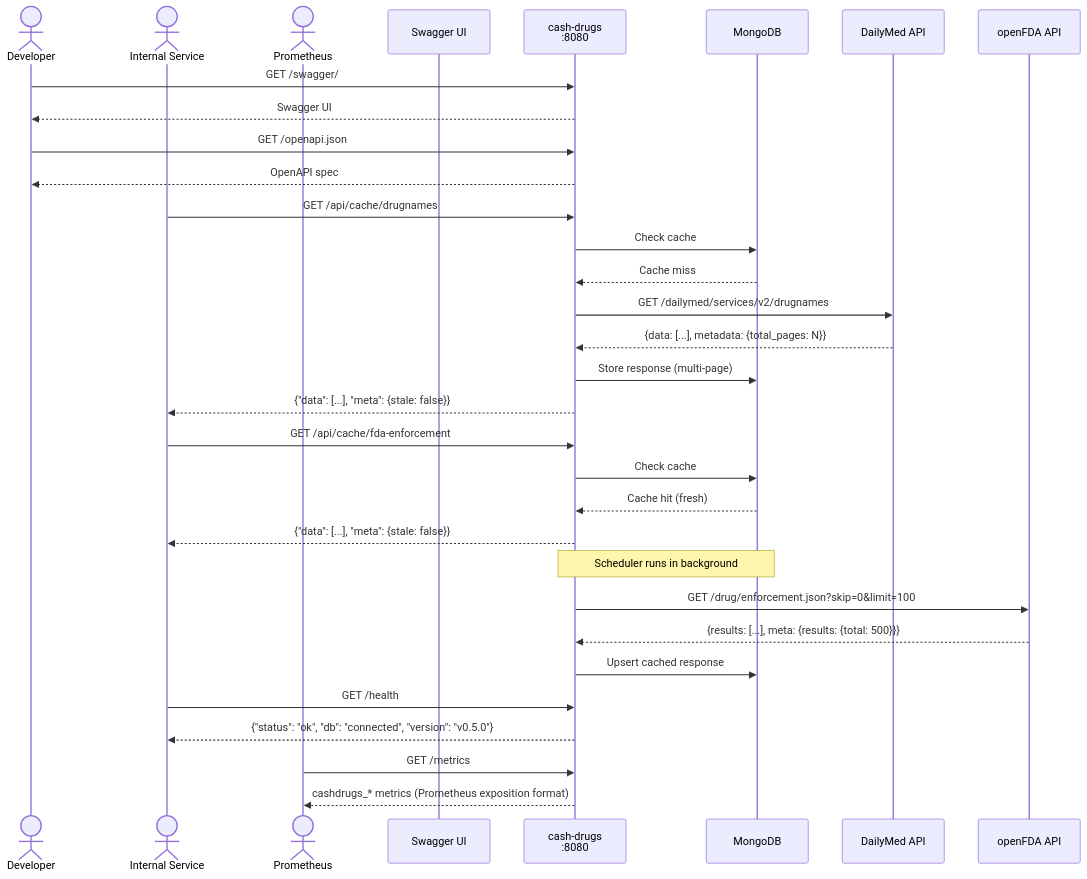
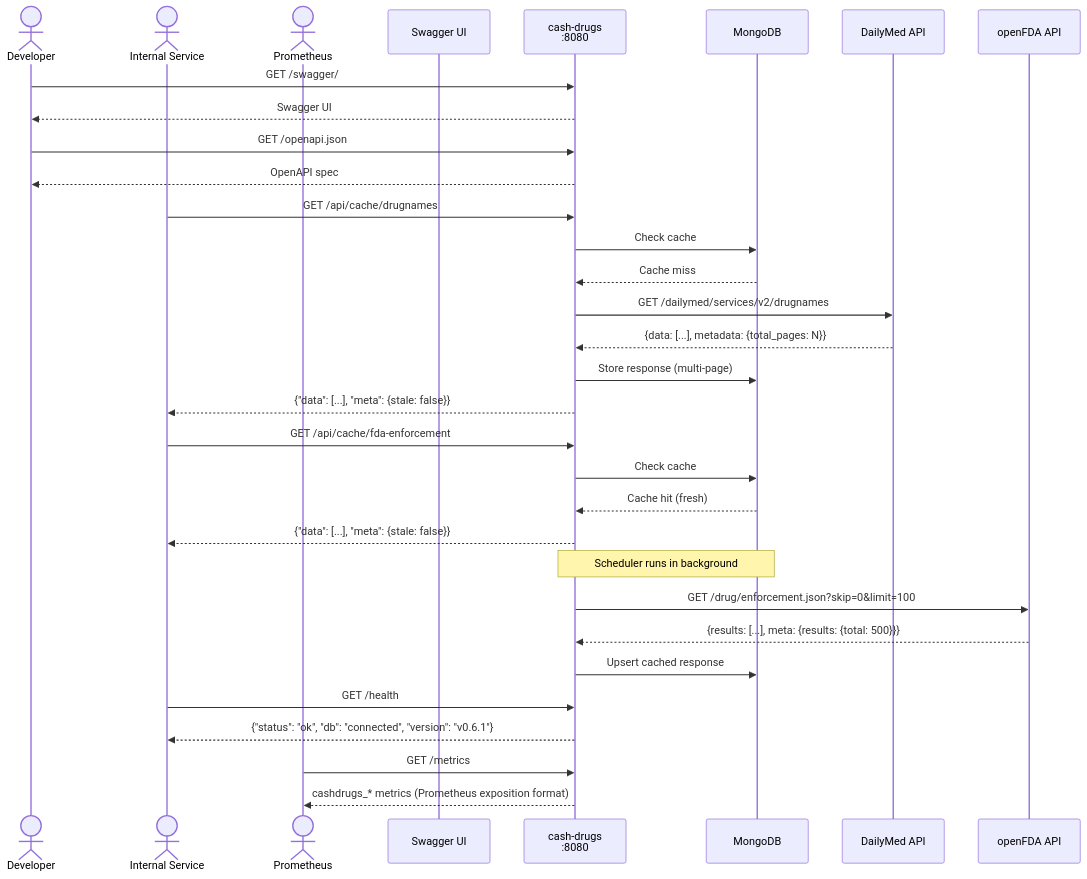
Before and after one commit to finish06/cash-drugs: the ninth of 9 diagrams in docs/sequence-diagram.md, drawn with Mermaid. The commit also changed other lines of this file and 2 other files, not shown here.

First line of the commit message:
docs: add Prometheus setup guide, update README and diagrams

````diff
--- a/docs/sequence-diagram.md
+++ b/docs/sequence-diagram.md
@@ -232,40 +232,40 @@
 ```mermaid
 sequenceDiagram
     actor Dev as Developer
     actor Svc as Internal Service
     actor Prom as Prometheus
     participant SW as Swagger UI
     participant CD as cash-drugs<br/>:8080
     participant DB as MongoDB
     participant API1 as DailyMed API
     participant API2 as openFDA API
 
     Dev->>CD: GET /swagger/
     CD-->>Dev: Swagger UI
     Dev->>CD: GET /openapi.json
     CD-->>Dev: OpenAPI spec
 
     Svc->>CD: GET /api/cache/drugnames
     CD->>DB: Check cache
     DB-->>CD: Cache miss
     CD->>API1: GET /dailymed/services/v2/drugnames
     API1-->>CD: {data: [...], metadata: {total_pages: N}}
     CD->>DB: Store response (multi-page)
     CD-->>Svc: {"data": [...], "meta": {stale: false}}
 
     Svc->>CD: GET /api/cache/fda-enforcement
     CD->>DB: Check cache
     DB-->>CD: Cache hit (fresh)
     CD-->>Svc: {"data": [...], "meta": {stale: false}}
 
     Note over CD,DB: Scheduler runs in background
     CD->>API2: GET /drug/enforcement.json?skip=0&limit=100
     API2-->>CD: {results: [...], meta: {results: {total: 500}}}
     CD->>DB: Upsert cached response
 
     Svc->>CD: GET /health
-    CD-->>Svc: {"status": "ok", "db": "connected", "version": "v0.5.0"}
+    CD-->>Svc: {"status": "ok", "db": "connected", "version": "v0.6.1"}
 
     Prom->>CD: GET /metrics
     CD-->>Prom: cashdrugs_* metrics (Prometheus exposition format)
 ```
````
